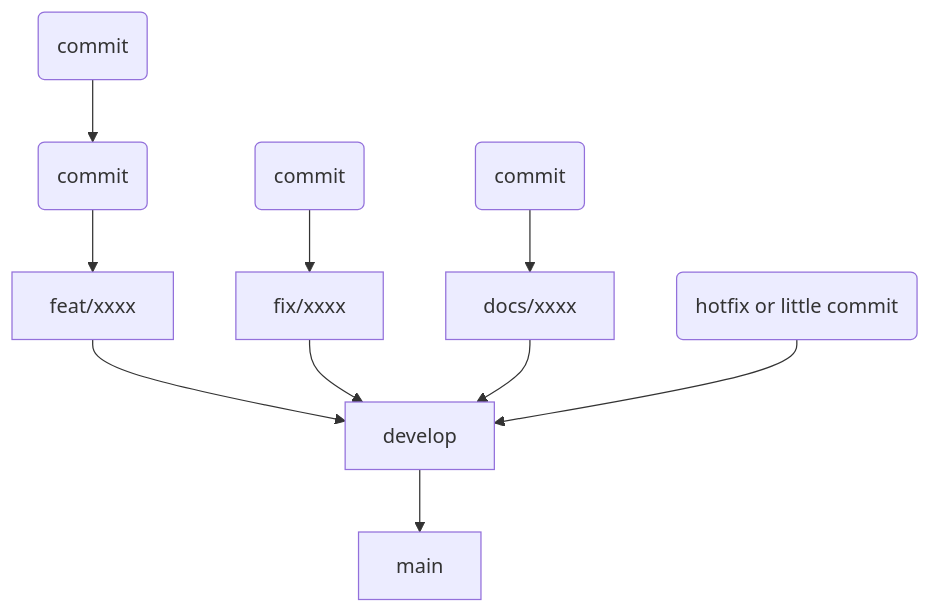
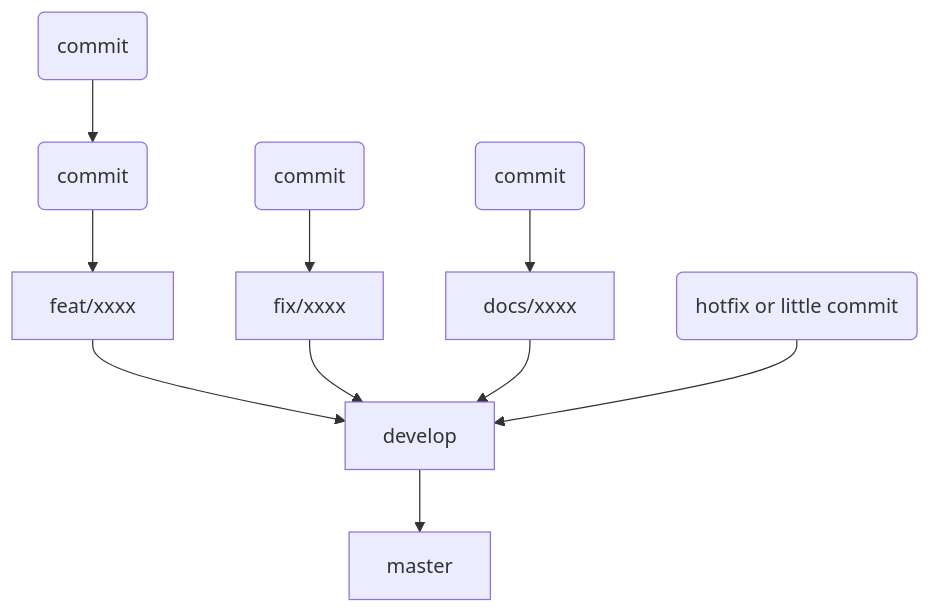
The diagram in CONTRIBUTING.md (T-b-t-nchos/sshhub), drawn with Mermaid before and after one commit.

Commit message:
docs: Fix branch name

````diff
--- a/CONTRIBUTING.md
+++ b/CONTRIBUTING.md
@@ -10,12 +10,12 @@
 ```mermaid
 flowchart TD
     H1(commit) --> G1
     G1(commit) --> F1
     F1[feat/xxxx] --> D[develop]
     G2(commit) --> F2
     F2[fix/xxxx] --> D
     G3(commit) --> F3
     F3[docs/xxxx] --> D
     F4(hotfix or little commit) --> D
-    D --> M[main]
+    D --> M[master]
 ```
````
